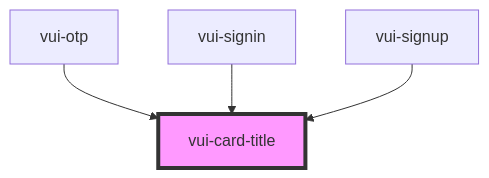
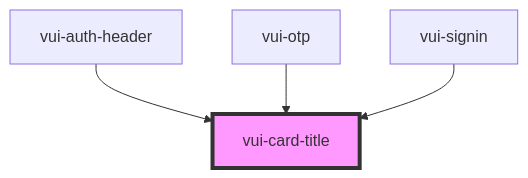
One commit to verite-team/verite-elements changed the diagram in packages/stencil-library/src/components/card/readme.md. Above: the diagram before and after it, drawn with Mermaid. The commit also changed other lines of this file and 28 other files, not shown here.

````diff
--- a/packages/stencil-library/src/components/card/readme.md
+++ b/packages/stencil-library/src/components/card/readme.md
@@ -31,7 +31,7 @@
 ```mermaid
 graph TD;
+  vui-auth-header --> vui-card-title
   vui-otp --> vui-card-title
   vui-signin --> vui-card-title
-  vui-signup --> vui-card-title
   style vui-card-title fill:#f9f,stroke:#333,stroke-width:4px
 ```
````
